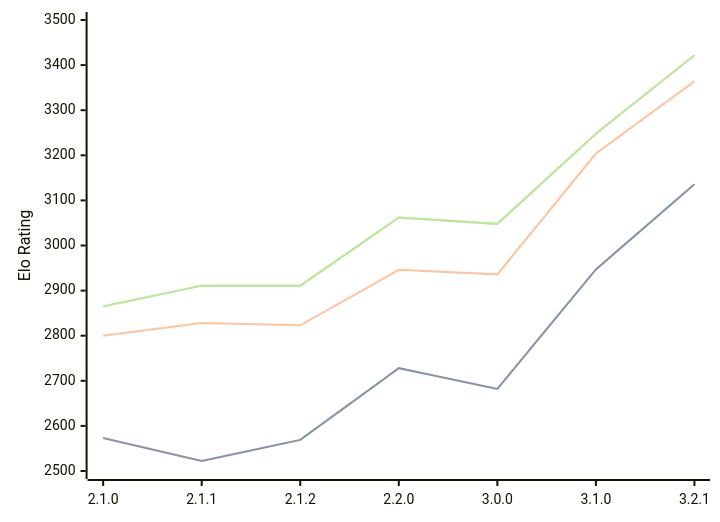
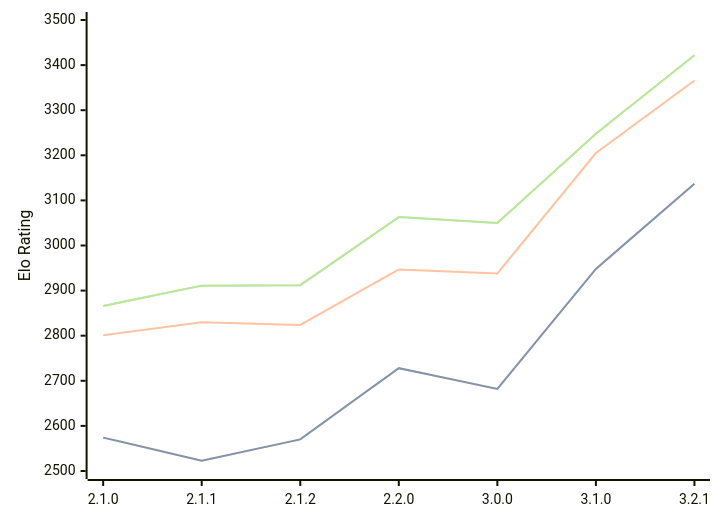
The diagram in engines/Prune.md (computer-chess-index/cci), drawn with Mermaid before and after one commit. The commit also changed other lines of this file, not shown here.

Commit message:
Update CCI Ratings (ELO VLTC) - 2026-05-01

````diff
--- a/engines/Prune.md
+++ b/engines/Prune.md
@@ -42,11 +42,11 @@
 ```mermaid
 %%{init: {"theme":"base","themeVariables":{"seriesColors:['#a3a3a3','#222221','#faa371']}}}%%
 xychart-beta
   x-axis ["2.1.0", "2.1.1", "2.1.2", "2.2.0", "3.0.0", "3.1.0", "3.2.1"]
   y-axis "Elo Rating" 2500 --> 3500
-  line "STC (8.0+0.08s)" [2573, 2522, 2569, 2728, 2682, 2947, 3136]
-  line "STC (8.0+0.08s)" [2573, 2522, 2569, 2728, 2682, 2947, 3136]
-  line "LTC (60.0+0.60s)" [2800, 2828, 2823, 2946, 2936, 3204, 3364]
-  line "VLTC (2m24s+1.12s)" [2865, 2911, 2911, 3062, 3048, 3248, 3422]
-  line "VLTC (2m24s+1.12s)" [2865, 2911, 2911, 3062, 3048, 3248, 3422]
+  line "STC (8.0+0.08s)" [2574, 2523, 2570, 2728, 2682, 2948, 3137]
+  line "STC (8.0+0.08s)" [2574, 2523, 2570, 2728, 2682, 2948, 3137]
+  line "LTC (60.0+0.60s)" [2801, 2830, 2824, 2947, 2938, 3205, 3366]
+  line "VLTC (2m24s+1.12s)" [2866, 2911, 2912, 3063, 3050, 3248, 3422]
+  line "VLTC (2m24s+1.12s)" [2866, 2911, 2912, 3063, 3050, 3248, 3422]
 ```
````
